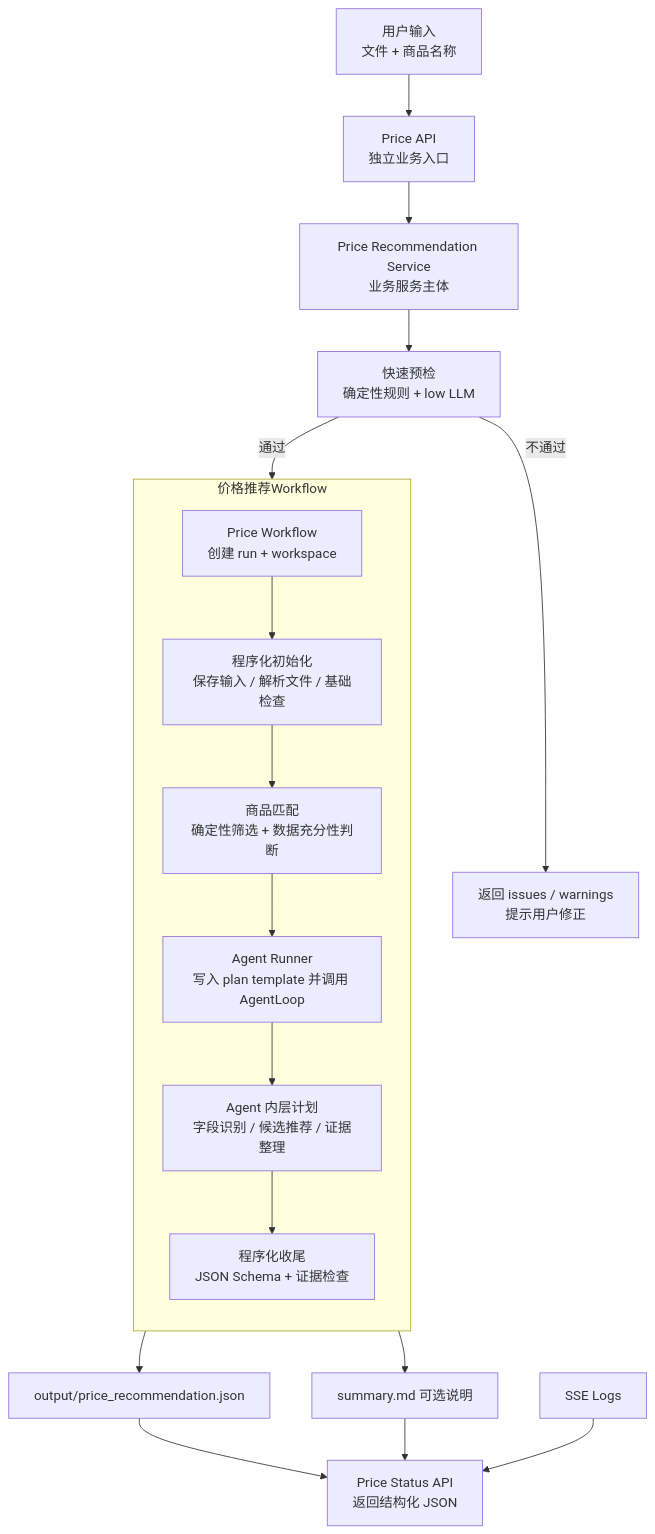
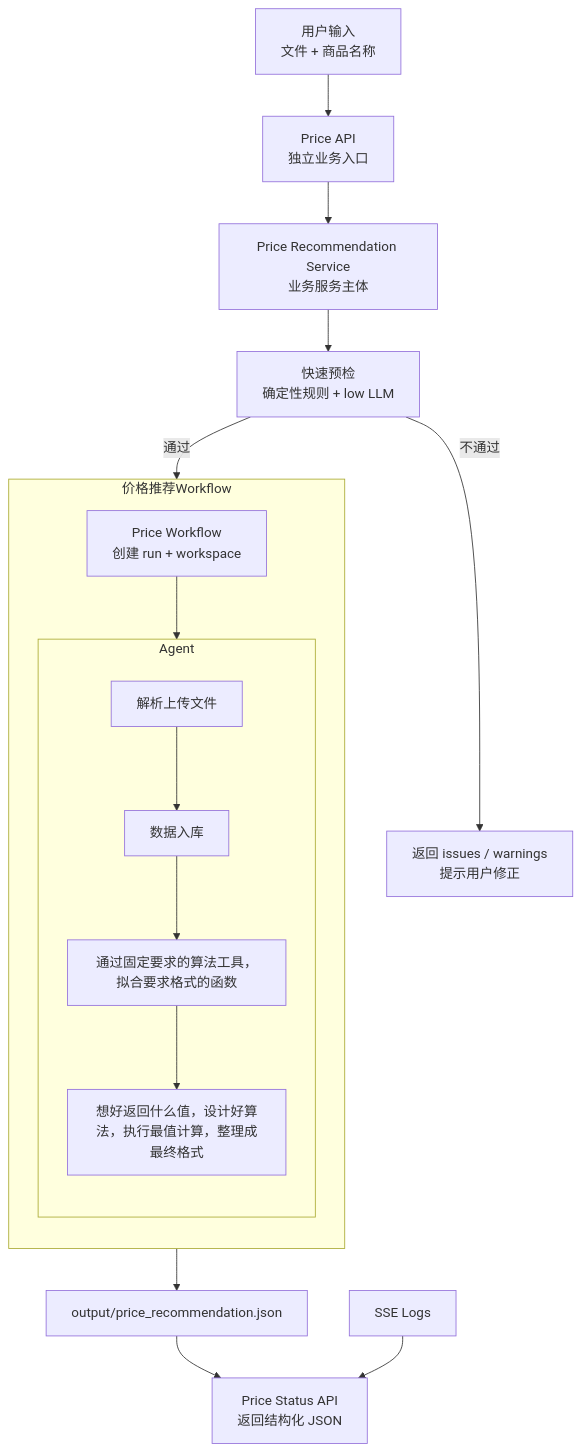
The diagram in docs/最优价格/架构设计.md (FuLuTang/AI-Store-Analysis-System), drawn with Mermaid before and after one commit. The commit also changed other lines of this file and 9 other files, not shown here.

Commit message:
feat: refine price recommendation architecture

````diff
--- a/docs/最优价格/架构设计.md
+++ b/docs/最优价格/架构设计.md
@@ -5,24 +5,24 @@
 ```mermaid
 graph TD
     A[用户输入<br/>文件 + 商品名称] --> B[Price API<br/>独立业务入口]
     B --> C[Price Recommendation Service<br/>业务服务主体]
     C --> D[快速预检<br/>确定性规则 + low LLM]
 
     D -->|不通过| E[返回 issues / warnings<br/>提示用户修正]
     D -->|通过| F[Price Workflow<br/>创建 run + workspace]
 
     subgraph 价格推荐Workflow
         direction TB
-        F --> G[程序化初始化<br/>保存输入 / 解析文件 / 基础检查]
-        G --> H[商品匹配<br/>确定性筛选 + 数据充分性判断]
-        H --> I[Agent Runner<br/>写入 plan template 并调用 AgentLoop]
-        I --> J[Agent 内层计划<br/>字段识别 / 候选推荐 / 证据整理]
-        J --> K[程序化收尾<br/>JSON Schema + 证据检查]
+        F --> K
+        subgraph K[Agent]
+          direction TB
+          X[解析上传文件] --> Y[数据入库]
+          Y-->Z[通过固定要求的算法工具，拟合要求格式的函数]
+          Z-->W[想好返回什么值，设计好算法，执行最值计算，整理成最终格式]
+        end
     end
 
     K --> L[output/price_recommendation.json]
-    K --> M[summary.md 可选说明]
     L --> N[Price Status API<br/>返回结构化 JSON]
-    M --> N
     P[SSE Logs] --> N
 ```
````
